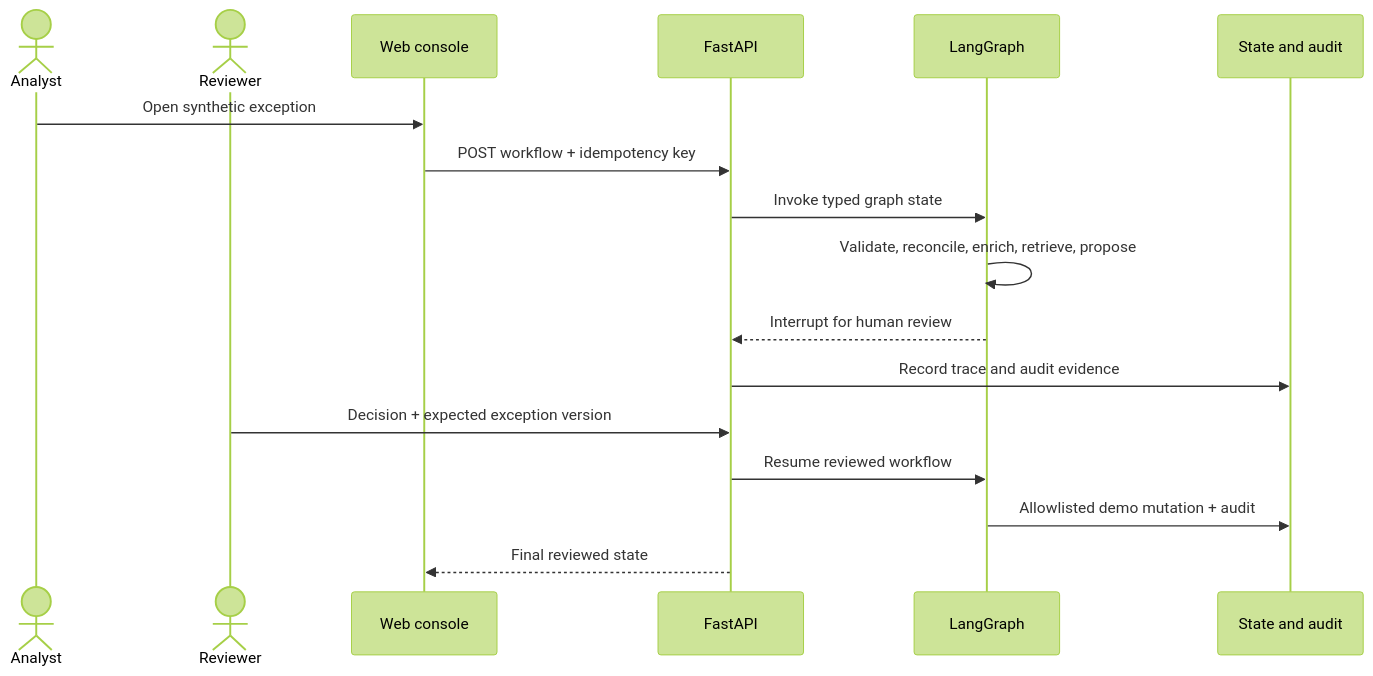
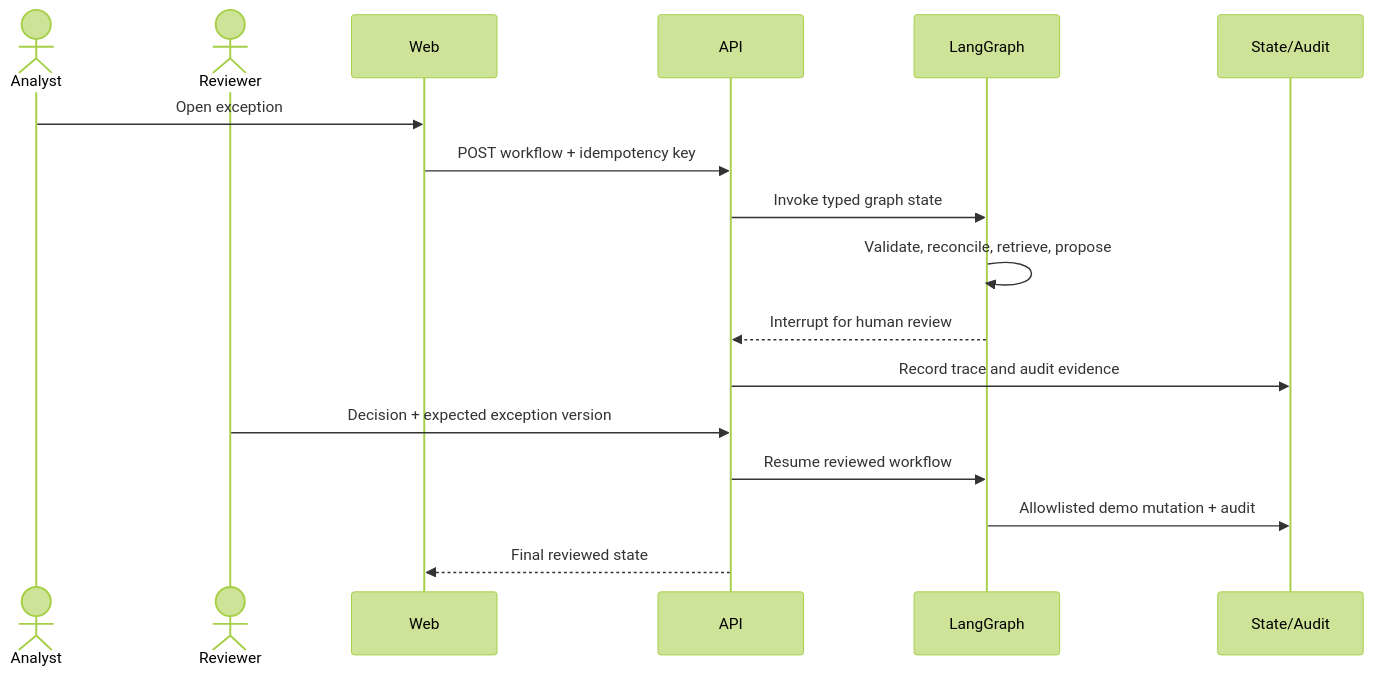
Before and after one commit to la3679/tradeops-insight: the second of 4 diagrams in README.md, drawn with Mermaid (forest theme). The commit also changed 1 other file, not shown here.

Commit message:
docs(readme): harden GitHub diagram rendering

````diff
--- a/README.md
+++ b/README.md
@@ -168,19 +168,19 @@
 ```mermaid
 sequenceDiagram
   actor A as Analyst
   actor R as Reviewer
-  participant UI as Web console
-  participant API as FastAPI
+  participant UI as Web
+  participant API as API
   participant G as LangGraph
-  participant DB as State and audit
-  A->>UI: Open synthetic exception
+  participant DB as State/Audit
+  A->>UI: Open exception
   UI->>API: POST workflow + idempotency key
   API->>G: Invoke typed graph state
-  G->>G: Validate, reconcile, enrich, retrieve, propose
+  G->>G: Validate, reconcile, retrieve, propose
   G-->>API: Interrupt for human review
   API->>DB: Record trace and audit evidence
   R->>API: Decision + expected exception version
   API->>G: Resume reviewed workflow
   G->>DB: Allowlisted demo mutation + audit
   API-->>UI: Final reviewed state
 ```
````
